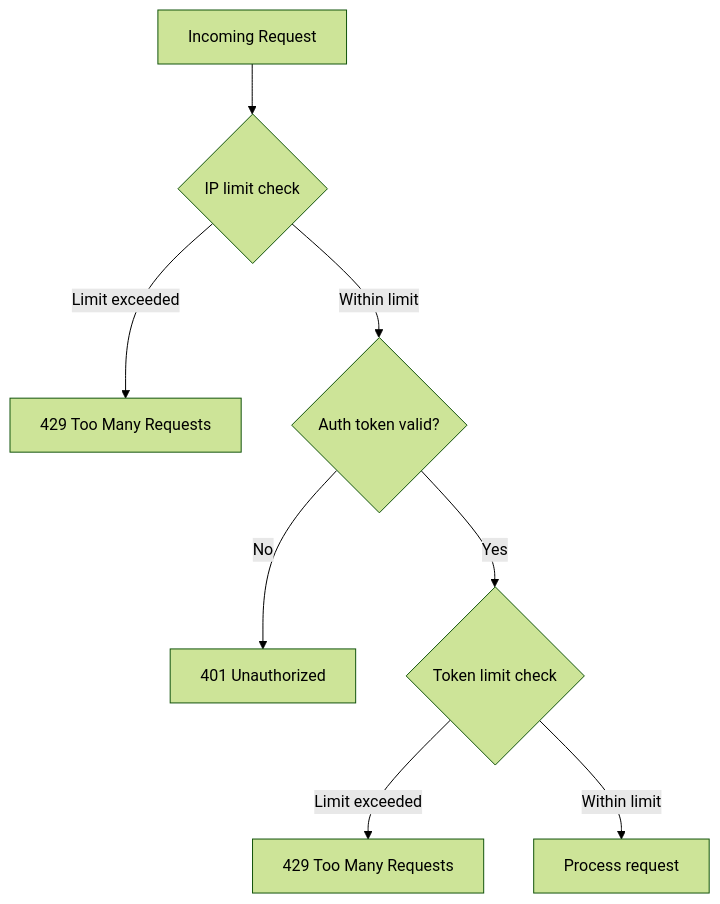
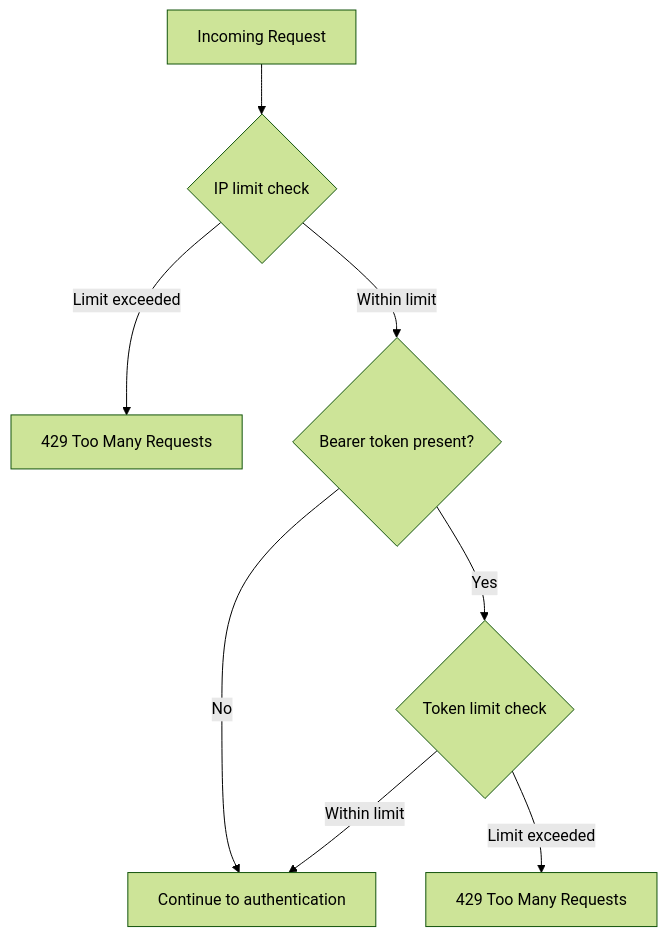
The diagram in Documentation/docs/guide/rate-limiting.md (melosso/portway), drawn with Mermaid (forest theme) before and after one commit. The commit also changed other lines of this file and 29 other files, not shown here.

````diff
--- a/Documentation/docs/guide/rate-limiting.md
+++ b/Documentation/docs/guide/rate-limiting.md
@@ -10,10 +10,10 @@
 ```mermaid
 graph TD
     A[Incoming Request] --> B{IP limit check}
     B -->|Limit exceeded| C[429 Too Many Requests]
-    B -->|Within limit| D{Auth token valid?}
-    D -->|No| E[401 Unauthorized]
-    D -->|Yes| F{Token limit check}
-    F -->|Limit exceeded| G[429 Too Many Requests]
-    F -->|Within limit| H[Process request]
+    B -->|Within limit| D{Bearer token present?}
+    D -->|No| G[Continue to authentication]
+    D -->|Yes| E{Token limit check}
+    E -->|Limit exceeded| F[429 Too Many Requests]
+    E -->|Within limit| G
 ```
````
